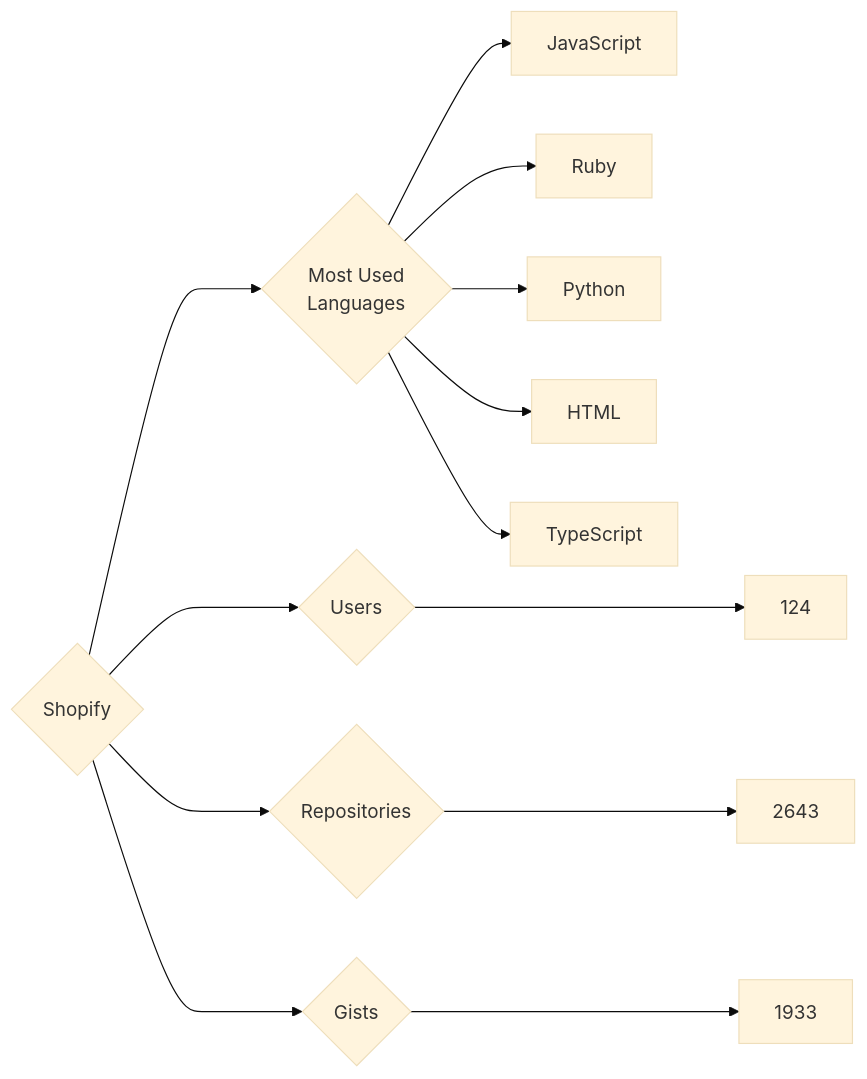
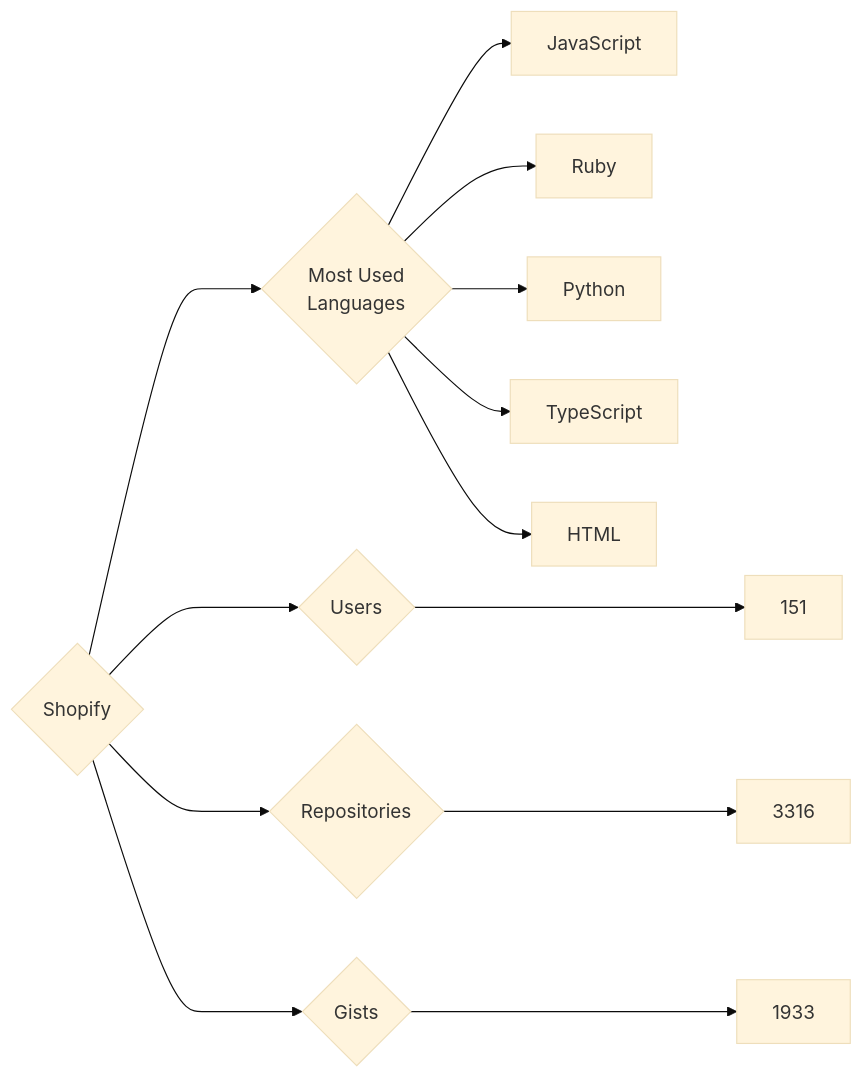
Before and after one commit to trickest/insiders: the diagram in targets/Shopify/README.md, drawn with Mermaid (base theme). The commit also changed 681 other files, not shown here.

````diff
--- a/targets/Shopify/README.md
+++ b/targets/Shopify/README.md
@@ -3,13 +3,13 @@
 ```mermaid
 graph LR
 COMPANY_NAME{Shopify}
-COMPANY_NAME ---> U{Users} ---> UN[124]
-COMPANY_NAME ---> R{Repositories} ---> RN[2643]
+COMPANY_NAME ---> U{Users} ---> UN[151]
+COMPANY_NAME ---> R{Repositories} ---> RN[3316]
 COMPANY_NAME ---> G{Gists} ---> GN[1933]
 COMPANY_NAME ---> ML{Most Used<br>Languages}
 ML --> JavaScript[JavaScript]
 ML --> Ruby[Ruby]
 ML --> Python[Python]
+ML --> TypeScript[TypeScript]
 ML --> HTML[HTML]
-ML --> TypeScript[TypeScript]
 ```
````
